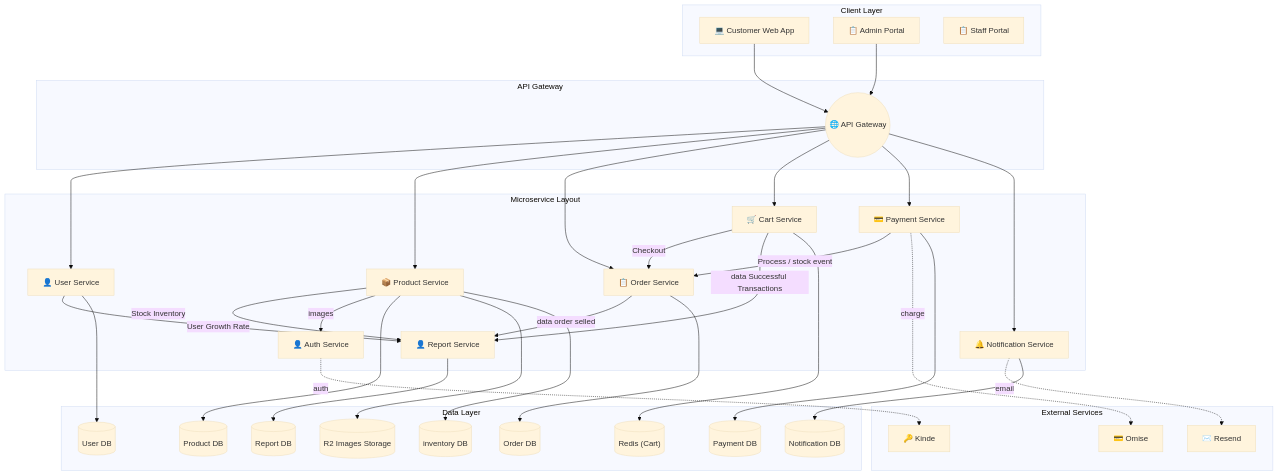
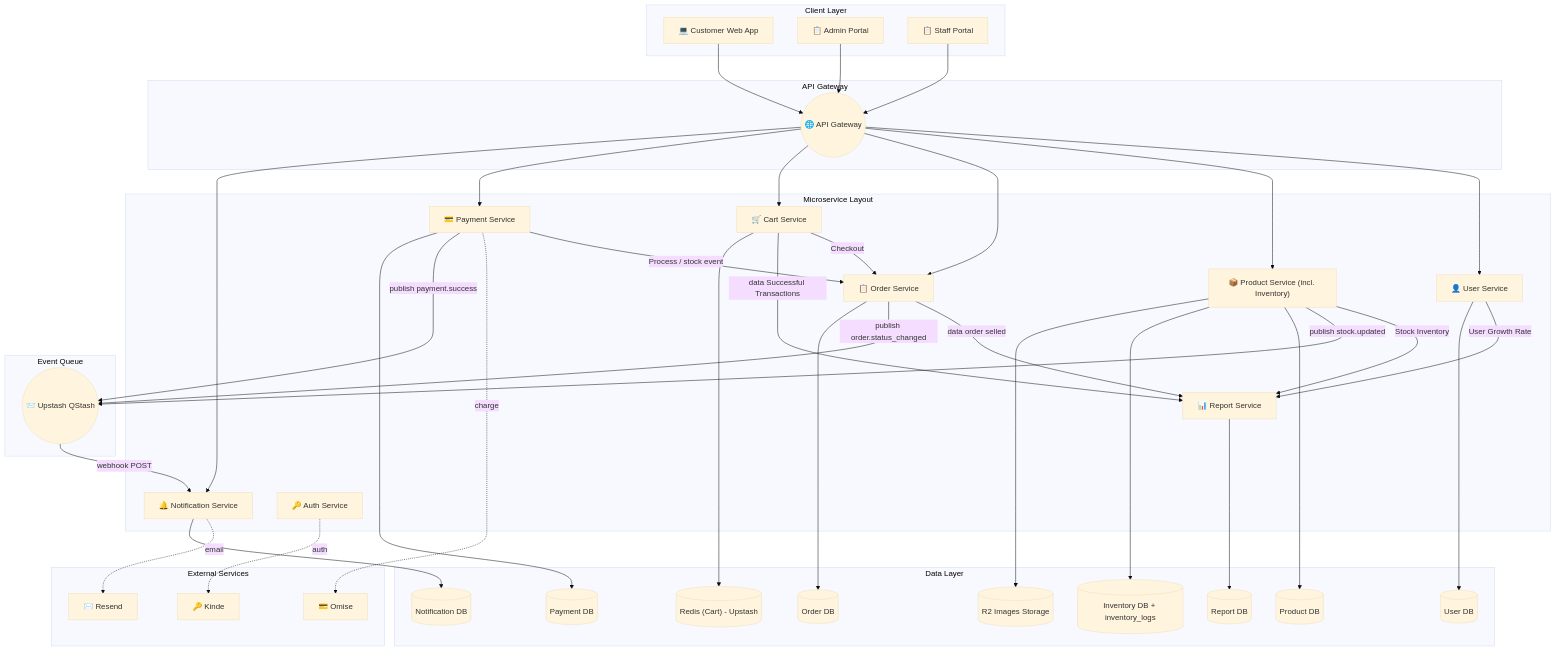
The sixth of 6 diagrams in README.md (csi204/musicgear), drawn with Mermaid (base theme) before and after one commit. The commit also changed other lines of this file, not shown here.

````diff
--- a/README.md
+++ b/README.md
@@ -855,82 +855,82 @@
 ```mermaid
 flowchart TB
-
-    %% ===== Client Layer =====
+ 
     subgraph ClientLayer["Client Layer"]
         WebApp["💻 Customer Web App"]
         AdminPortal["📋 Admin Portal"]
         StaffPortal["📋 Staff Portal"]
     end
-
-    %% ===== API Gateway =====
+ 
     subgraph GatewayLayer["API Gateway"]
         APIGW(("🌐 API Gateway"))
     end
-
-    %% ===== Microservices =====
+ 
     subgraph Microservices["Microservice Layout"]
         UserSvc["👤 User Service"]
-        ProductSvc["📦 Product Service"]
+        ProductSvc["📦 Product Service (incl. Inventory)"]
         OrderSvc["📋 Order Service"]
         CartSvc["🛒 Cart Service"]
         PaymentSvc["💳 Payment Service"]
         NotifSvc["🔔 Notification Service"]
-        ReportSvc["👤 Report Service"]
-        AuthSvc["👤 Auth Service"]
+        ReportSvc["📊 Report Service"]
+        AuthSvc["🔑 Auth Service"]
     end
-
-    %% ===== Data Layer =====
+ 
+    subgraph EventLayer["Event Queue"]
+        QStash(("📨 Upstash QStash"))
+    end
+ 
     subgraph DataLayer["Data Layer"]
         UserDB[("User DB")]
         ProductDB[("Product DB")]
         OrderDB[("Order DB")]
-        RedisCart[("Redis (Cart)")]
+        RedisCart[("Redis (Cart) - Upstash")]
         PaymentDB[("Payment DB")]
         NotifDB[("Notification DB")]
         ReportDB[("Report DB")]
         R2Storage[("R2 Images Storage")]
-        InventoryDB[("inventory DB")]
+        InventoryDB[("Inventory DB + inventory_logs")]
     end
-
-    %% ===== External Services =====
+ 
     subgraph ExternalServices["External Services"]
         Omise["💳 Omise"]
         Resend["✉️ Resend"]
         Kinde["🔑 Kinde"]
     end
-
-    %% ----- Client -> Gateway -----
+ 
     WebApp --> APIGW
     AdminPortal --> APIGW
-
-    %% ----- Gateway -> Services -----
+    StaffPortal --> APIGW
+ 
     APIGW --> UserSvc
     APIGW --> ProductSvc
     APIGW --> OrderSvc
     APIGW --> CartSvc
     APIGW --> PaymentSvc
     APIGW --> NotifSvc
-
-    %% ----- Inter-service flow -----
+ 
     CartSvc -- "Checkout" --> OrderSvc
     PaymentSvc -- "Process / stock event" --> OrderSvc
     OrderSvc -- "data order selled" --> ReportSvc
     CartSvc -- "data Successful Transactions" --> ReportSvc
     ProductSvc -- "Stock Inventory" --> ReportSvc
     UserSvc -- "User Growth Rate" --> ReportSvc
-    ProductSvc -- "images" --> AuthSvc
     AuthSvc -. "auth" .-> Kinde
     PaymentSvc -. "charge" .-> Omise
     NotifSvc -. "email" .-> Resend
-
-    %% ----- Services -> own DB -----
+ 
+    ProductSvc -- "publish stock.updated" --> QStash
+    OrderSvc -- "publish order.status_changed" --> QStash
+    PaymentSvc -- "publish payment.success" --> QStash
+    QStash -- "webhook POST" --> NotifSvc
+ 
     UserSvc --> UserDB
     ProductSvc --> ProductDB
+    ProductSvc --> InventoryDB
     OrderSvc --> OrderDB
     CartSvc --> RedisCart
     PaymentSvc --> PaymentDB
     NotifSvc --> NotifDB
     ReportSvc --> ReportDB
     ProductSvc --> R2Storage
-    ProductSvc --> InventoryDB
 ```
````
